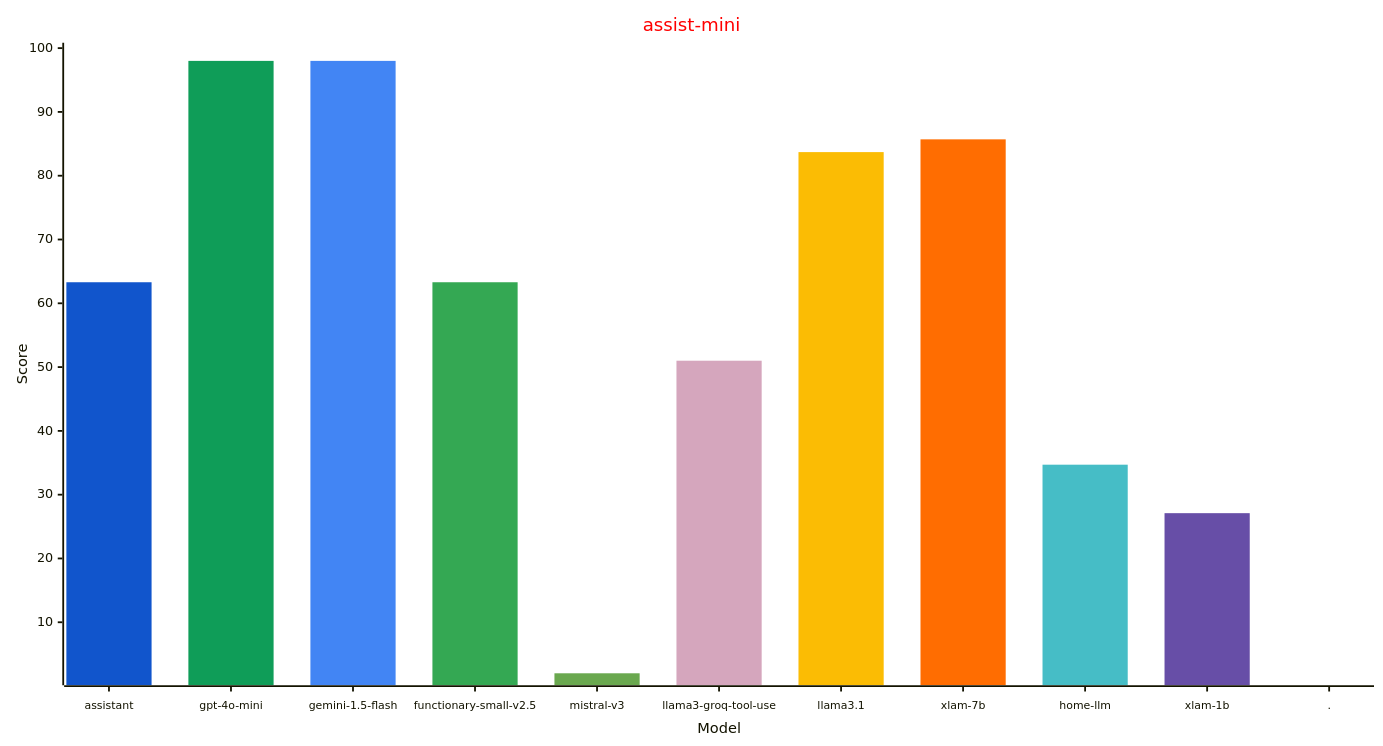
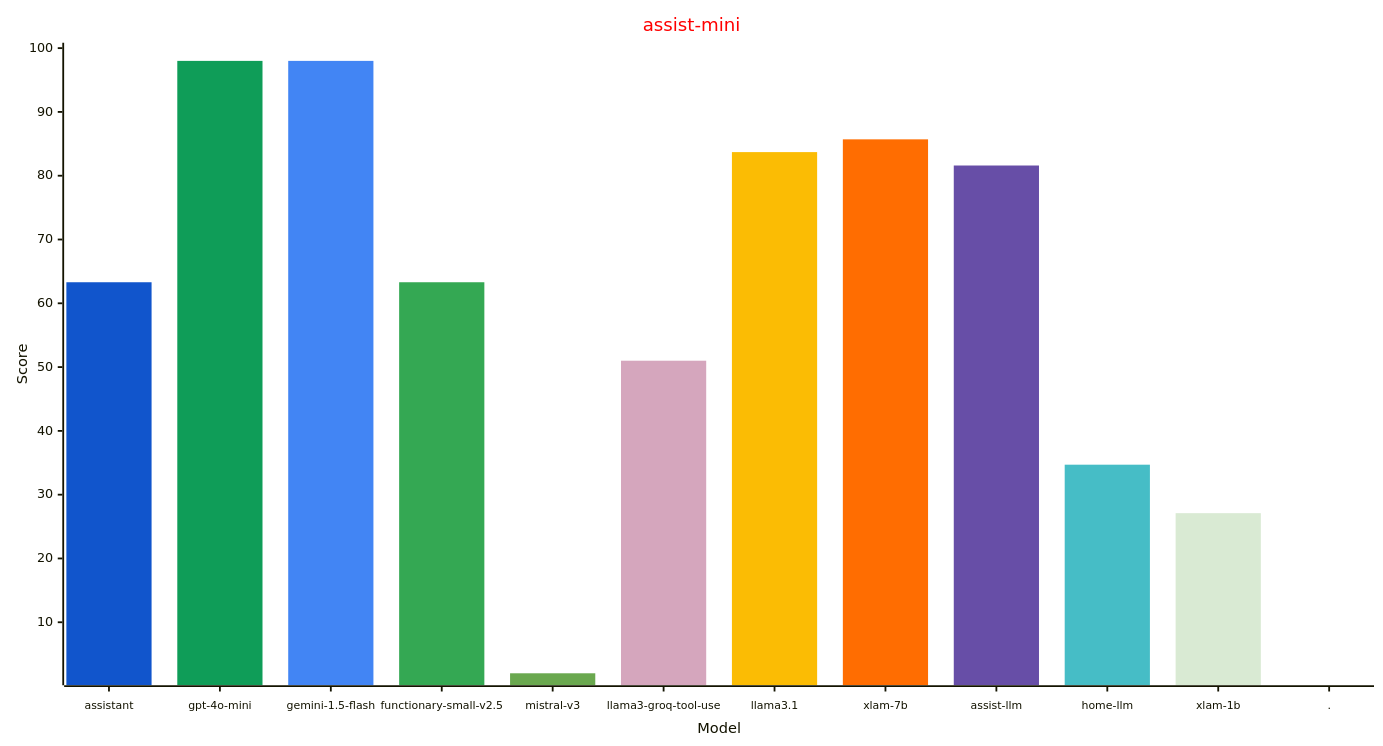
Before and after one commit to allenporter/home-assistant-datasets: the second of 3 diagrams in reports/README.md, drawn with Mermaid. The commit also changed other lines of this file and 52 other files, not shown here.

Commit message:
Add leaderboard for assist-llm

````diff
--- a/reports/README.md
+++ b/reports/README.md
@@ -84,31 +85,32 @@
 ```mermaid
 ---
 config:
     xyChart:
         width: 1500
         height: 800
         xAxis:
           labelFontSize: 12
           labelPadding: 8
     themeVariables:
         xyChart:
             titleColor: "#ff0000"
-            plotColorPalette: "#1155cc, #0f9d58, #4285f4, #34a853, #6aa84f, #d5a6bd, #fbbc04, #ff6d01, #46bdc6, #674ea7, #4285f4"
+            plotColorPalette: "#1155cc, #0f9d58, #4285f4, #34a853, #6aa84f, #d5a6bd, #fbbc04, #ff6d01, #674ea7, #46bdc6, #d9ead3, #4285f4"
 
 ---
 xychart-beta
   title "assist-mini"
-  x-axis "Model" [assistant, gpt-4o-mini, gemini-1.5-flash, functionary-small-v2.5, mistral-v3, llama3-groq-tool-use, llama3.1, xlam-7b, home-llm, xlam-1b, .]
+  x-axis "Model" [assistant, gpt-4o-mini, gemini-1.5-flash, functionary-small-v2.5, mistral-v3, llama3-groq-tool-use, llama3.1, xlam-7b, assist-llm, home-llm, xlam-1b, .]
   y-axis "Score" 1 --> 100
-  bar [63.3, 0.0, 0.0, 0.0, 0.0, 0.0, 0.0, 0.0, 0.0, 0.0, 0.0]
-  bar [0.0, 98.0, 0.0, 0.0, 0.0, 0.0, 0.0, 0.0, 0.0, 0.0, 0.0]
-  bar [0.0, 0.0, 98.0, 0.0, 0.0, 0.0, 0.0, 0.0, 0.0, 0.0, 0.0]
-  bar [0.0, 0.0, 0.0, 63.3, 0.0, 0.0, 0.0, 0.0, 0.0, 0.0, 0.0]
-  bar [0.0, 0.0, 0.0, 0.0, 2.0, 0.0, 0.0, 0.0, 0.0, 0.0, 0.0]
-  bar [0.0, 0.0, 0.0, 0.0, 0.0, 51.0, 0.0, 0.0, 0.0, 0.0, 0.0]
-  bar [0.0, 0.0, 0.0, 0.0, 0.0, 0.0, 83.7, 0.0, 0.0, 0.0, 0.0]
-  bar [0.0, 0.0, 0.0, 0.0, 0.0, 0.0, 0.0, 85.7, 0.0, 0.0, 0.0]
-  bar [0.0, 0.0, 0.0, 0.0, 0.0, 0.0, 0.0, 0.0, 34.7, 0.0, 0.0]
-  bar [0.0, 0.0, 0.0, 0.0, 0.0, 0.0, 0.0, 0.0, 0.0, 27.1, 0.0]
-  bar [0.0, 0.0, 0.0, 0.0, 0.0, 0.0, 0.0, 0.0, 0.0, 0.0, -1.0]
+  bar [63.3, 0.0, 0.0, 0.0, 0.0, 0.0, 0.0, 0.0, 0.0, 0.0, 0.0, 0.0]
+  bar [0.0, 98.0, 0.0, 0.0, 0.0, 0.0, 0.0, 0.0, 0.0, 0.0, 0.0, 0.0]
+  bar [0.0, 0.0, 98.0, 0.0, 0.0, 0.0, 0.0, 0.0, 0.0, 0.0, 0.0, 0.0]
+  bar [0.0, 0.0, 0.0, 63.3, 0.0, 0.0, 0.0, 0.0, 0.0, 0.0, 0.0, 0.0]
+  bar [0.0, 0.0, 0.0, 0.0, 2.0, 0.0, 0.0, 0.0, 0.0, 0.0, 0.0, 0.0]
+  bar [0.0, 0.0, 0.0, 0.0, 0.0, 51.0, 0.0, 0.0, 0.0, 0.0, 0.0, 0.0]
+  bar [0.0, 0.0, 0.0, 0.0, 0.0, 0.0, 83.7, 0.0, 0.0, 0.0, 0.0, 0.0]
+  bar [0.0, 0.0, 0.0, 0.0, 0.0, 0.0, 0.0, 85.7, 0.0, 0.0, 0.0, 0.0]
+  bar [0.0, 0.0, 0.0, 0.0, 0.0, 0.0, 0.0, 0.0, 81.6, 0.0, 0.0, 0.0]
+  bar [0.0, 0.0, 0.0, 0.0, 0.0, 0.0, 0.0, 0.0, 0.0, 34.7, 0.0, 0.0]
+  bar [0.0, 0.0, 0.0, 0.0, 0.0, 0.0, 0.0, 0.0, 0.0, 0.0, 27.1, 0.0]
+  bar [0.0, 0.0, 0.0, 0.0, 0.0, 0.0, 0.0, 0.0, 0.0, 0.0, 0.0, -1.0]
 ```
````
